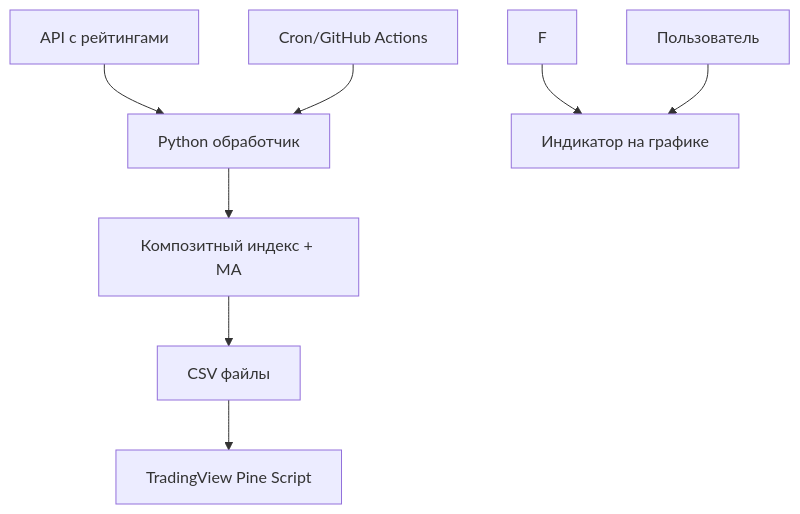
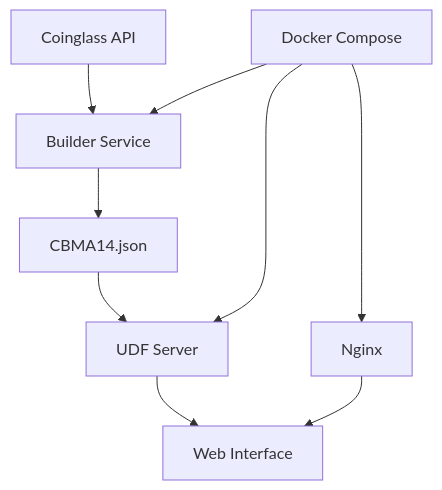
The diagram in README.md (nshrd/comp-index), drawn with Mermaid before and after one commit. The commit also changed other lines of this file and 23 other files, not shown here.

````diff
--- a/README.md
+++ b/README.md
@@ -17,11 +65,11 @@
 ```mermaid
 graph TB
-    A[API с рейтингами] --> B[Python обработчик]
-    B --> C[Композитный индекс + MA]
-    C --> D[CSV файлы]
-    D --> E[TradingView Pine Script]
-    F --> G[Индикатор на графике]
-    
-    H[Cron/GitHub Actions] --> B
-    I[Пользователь] --> G
+    A[Coinglass API] --> B[Builder Service]
+    B --> C[CBMA14.json]
+    C --> D[UDF Server]
+    D --> E[Web Interface]
+    F[Nginx] --> E
+    G[Docker Compose] --> B
+    G --> D
+    G --> F
 ```
````
